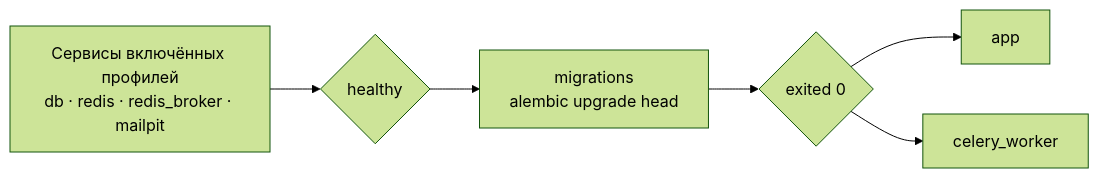
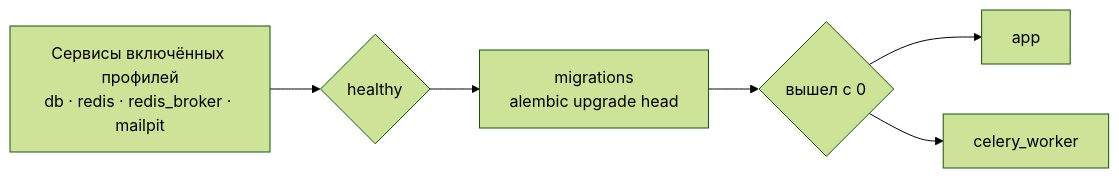
The diagram in docs/getting-started.ru.md (IAMN1/link-shortener), drawn with Mermaid (forest theme) before and after one commit. The commit also changed other lines of this file and 13 other files, not shown here.

````diff
--- a/docs/getting-started.ru.md
+++ b/docs/getting-started.ru.md
@@ -185,8 +182,8 @@
 ```mermaid
 flowchart LR
     P["Сервисы включённых профилей<br/>db · redis · redis_broker · mailpit"] --> H{healthy}
     H --> M["migrations<br/>alembic upgrade head"]
-    M --> E{exited 0}
+    M --> E{вышел с 0}
     E --> APP[app]
     E --> CEL[celery_worker]
 ```
````
